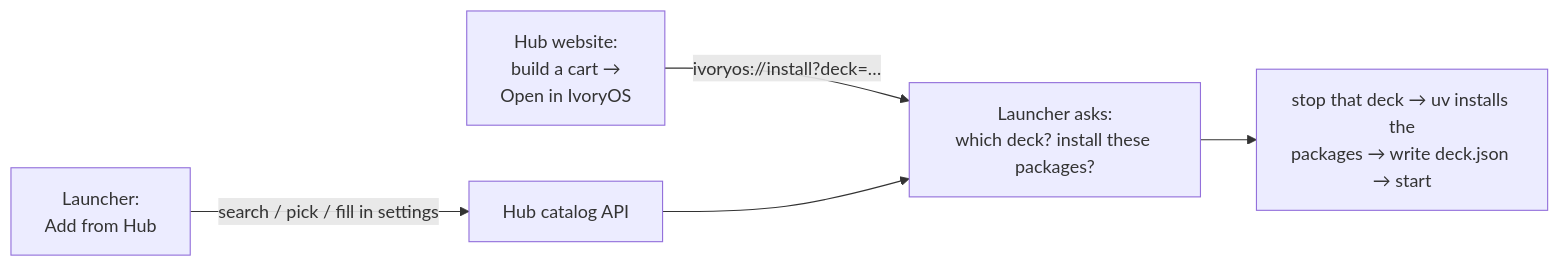
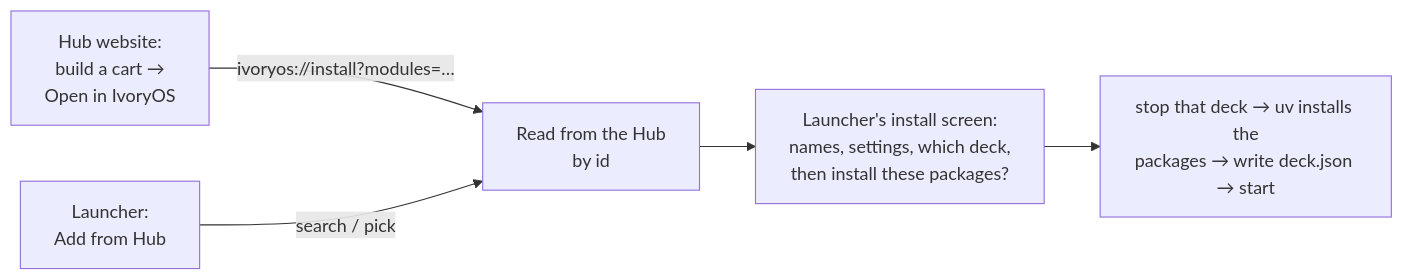
Before and after one commit to ivoryzh/ivoryos-next: the fourth of 4 diagrams in docs/desktop_launcher_guide.md, drawn with Mermaid. The commit also changed 15 other files, not shown here.

First line of the commit message:
feat(desktop): ivoryos:// install links carry Hub ids

````diff
--- a/docs/desktop_launcher_guide.md
+++ b/docs/desktop_launcher_guide.md
@@ -240,6 +240,7 @@
 ```mermaid
 flowchart LR
-    H1["Hub website:<br/>build a cart →<br/>Open in IvoryOS"] -- "ivoryos://install?deck=…" --> L
-    H2["Launcher:<br/>Add from Hub"] -- "search / pick / fill in settings" --> API["Hub catalog API"] --> L
-    L["Launcher asks:<br/>which deck? install these packages?"] --> S["stop that deck → uv installs the<br/>packages → write deck.json → start"]
+    H1["Hub website:<br/>build a cart →<br/>Open in IvoryOS"] -- "ivoryos://install?modules=…" --> R
+    H2["Launcher:<br/>Add from Hub"] -- "search / pick" --> R
+    R["Read from the Hub<br/>by id"] --> L
+    L["Launcher's install screen:<br/>names, settings, which deck,<br/>then install these packages?"] --> S["stop that deck → uv installs the<br/>packages → write deck.json → start"]
 ```
````
